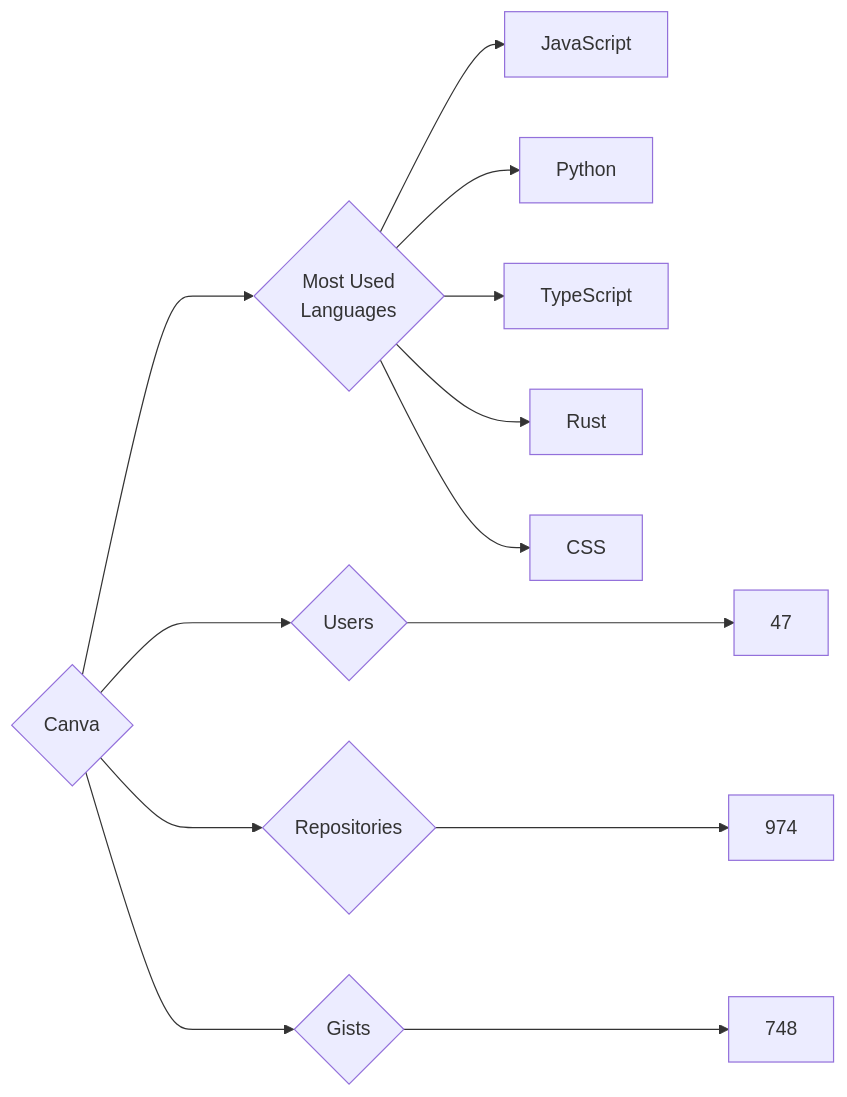
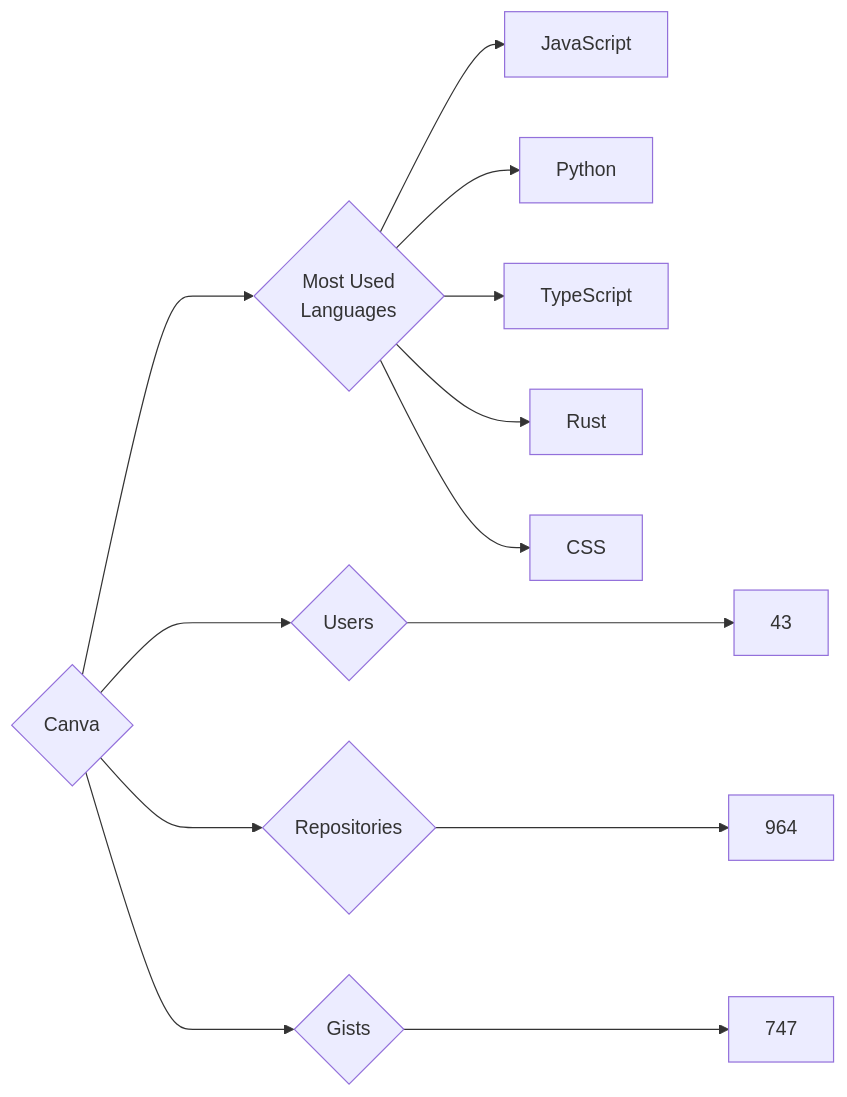
One commit to trickest/insiders changed the diagram in targets/Canva/README.md. Above: the diagram before and after it, drawn with Mermaid. The commit also changed 693 other files, not shown here.

````diff
--- a/targets/Canva/README.md
+++ b/targets/Canva/README.md
@@ -3,13 +3,13 @@
 ```mermaid
 graph LR
 COMPANY_NAME{Canva}
-COMPANY_NAME ---> U{Users} ---> UN[47]
-COMPANY_NAME ---> R{Repositories} ---> RN[974]
-COMPANY_NAME ---> G{Gists} ---> GN[748]
+COMPANY_NAME ---> U{Users} ---> UN[43]
+COMPANY_NAME ---> R{Repositories} ---> RN[964]
+COMPANY_NAME ---> G{Gists} ---> GN[747]
 COMPANY_NAME ---> ML{Most Used<br>Languages}
 ML --> JavaScript[JavaScript]
 ML --> Python[Python]
 ML --> TypeScript[TypeScript]
 ML --> Rust[Rust]
 ML --> CSS[CSS]
 ```
````
